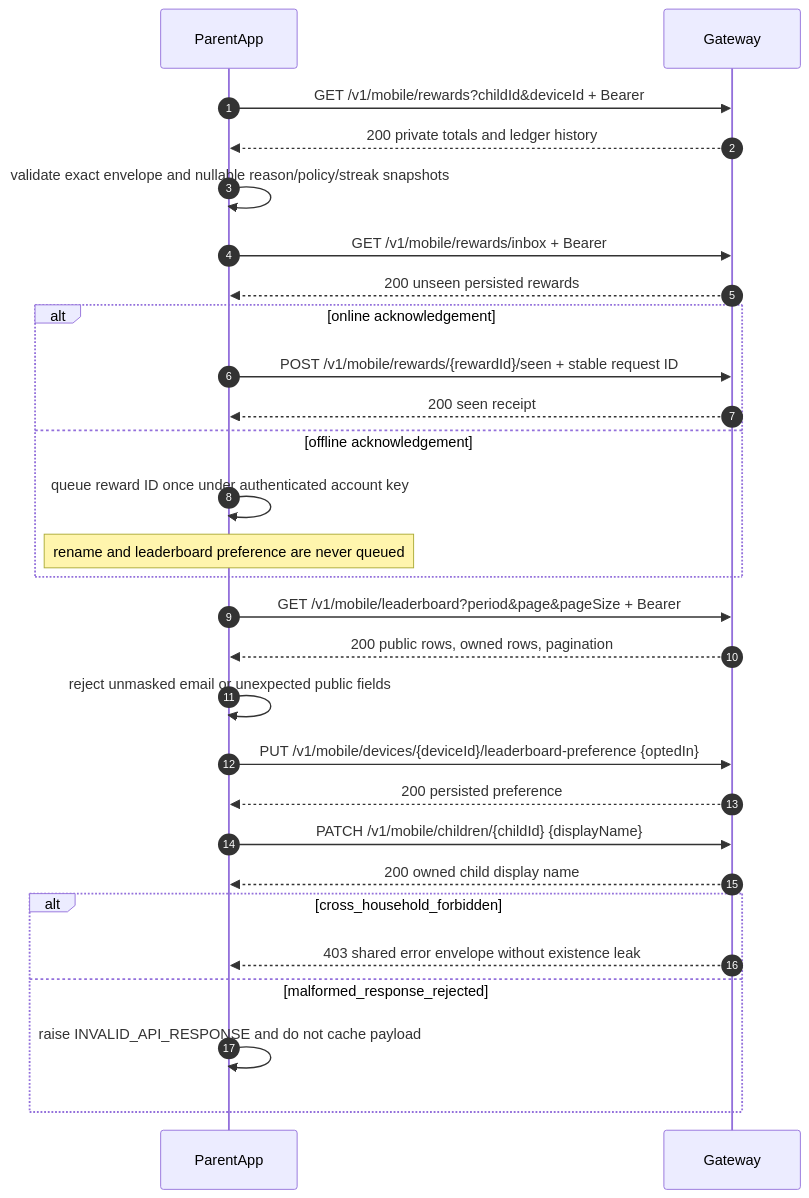
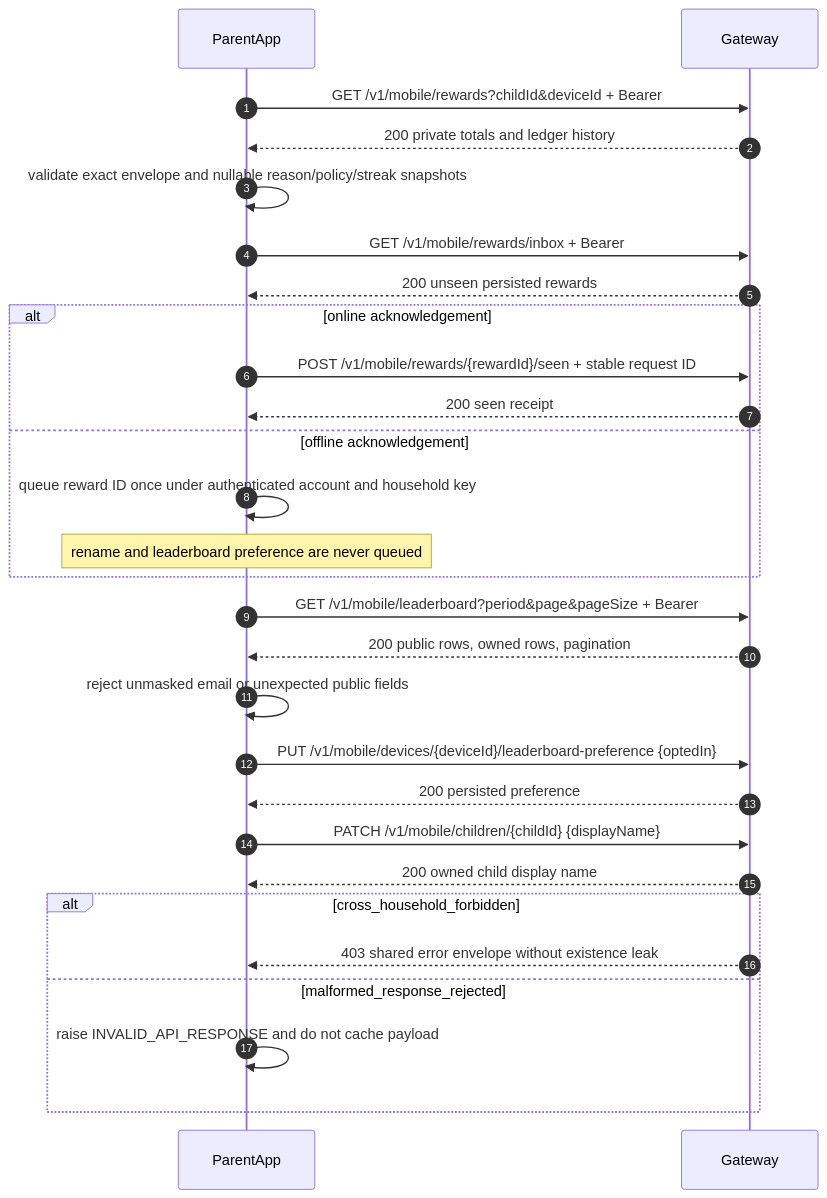
One commit to JSR-Algo/TJBOT-Mobile changed the diagram in migrate-ui-ux-to-mobile-app-docs/sequences/16-mobile/rewards-and-leaderboard-mobile.sequence.mmd. Above: the diagram before and after it, drawn with Mermaid. The commit also changed 7 other files, not shown here.

```diff
--- a/migrate-ui-ux-to-mobile-app-docs/sequences/16-mobile/rewards-and-leaderboard-mobile.sequence.mmd
+++ b/migrate-ui-ux-to-mobile-app-docs/sequences/16-mobile/rewards-and-leaderboard-mobile.sequence.mmd
@@ -1,57 +1,57 @@
 ---
 system: sys-16-parent-mobile-application
 flow_id: rewards-and-leaderboard-mobile
 surface: mobile
 spec_anchor: /software/systems/16-parent-mobile-application
 actors: [ParentApp, Gateway]
 apis:
   - GET /v1/mobile/rewards
   - GET /v1/mobile/rewards/inbox
   - POST /v1/mobile/rewards/{rewardId}/seen
   - GET /v1/mobile/leaderboard
   - PUT /v1/mobile/devices/{deviceId}/leaderboard-preference
   - PATCH /v1/mobile/children/{childId}
 externals: []
 queues: [reward-seen-local-queue]
 failure_paths:
   - malformed_response_rejected
   - cross_household_forbidden
   - offline_seen_ack_queued
 idempotency: reward seen acknowledgement uses a stable reward-derived request ID; preference and child-name mutations are never queued
-retry: cached reads may refresh after reconnect; only reward seen acknowledgement replays from the account-partitioned local queue
+retry: cached reads may refresh after reconnect; only reward seen acknowledgement replays from the account-and-household-partitioned local queue
 timeout: authenticated HTTP client default 30 seconds
 status: final
 ---
 sequenceDiagram
     autonumber
     participant ParentApp
     participant Gateway
 
     ParentApp->>Gateway: GET /v1/mobile/rewards?childId&deviceId + Bearer
     Gateway-->>ParentApp: 200 private totals and ledger history
     ParentApp->>ParentApp: validate exact envelope and nullable reason/policy/streak snapshots
 
     ParentApp->>Gateway: GET /v1/mobile/rewards/inbox + Bearer
     Gateway-->>ParentApp: 200 unseen persisted rewards
     alt online acknowledgement
         ParentApp->>Gateway: POST /v1/mobile/rewards/{rewardId}/seen + stable request ID
         Gateway-->>ParentApp: 200 seen receipt
     else offline acknowledgement
-        ParentApp->>ParentApp: queue reward ID once under authenticated account key
+        ParentApp->>ParentApp: queue reward ID once under authenticated account and household key
         Note over ParentApp: rename and leaderboard preference are never queued
     end
 
     ParentApp->>Gateway: GET /v1/mobile/leaderboard?period&page&pageSize + Bearer
     Gateway-->>ParentApp: 200 public rows, owned rows, pagination
     ParentApp->>ParentApp: reject unmasked email or unexpected public fields
 
     ParentApp->>Gateway: PUT /v1/mobile/devices/{deviceId}/leaderboard-preference {optedIn}
     Gateway-->>ParentApp: 200 persisted preference
     ParentApp->>Gateway: PATCH /v1/mobile/children/{childId} {displayName}
     Gateway-->>ParentApp: 200 owned child display name
 
     alt cross_household_forbidden
         Gateway-->>ParentApp: 403 shared error envelope without existence leak
     else malformed_response_rejected
         ParentApp->>ParentApp: raise INVALID_API_RESPONSE and do not cache payload
     end
```
